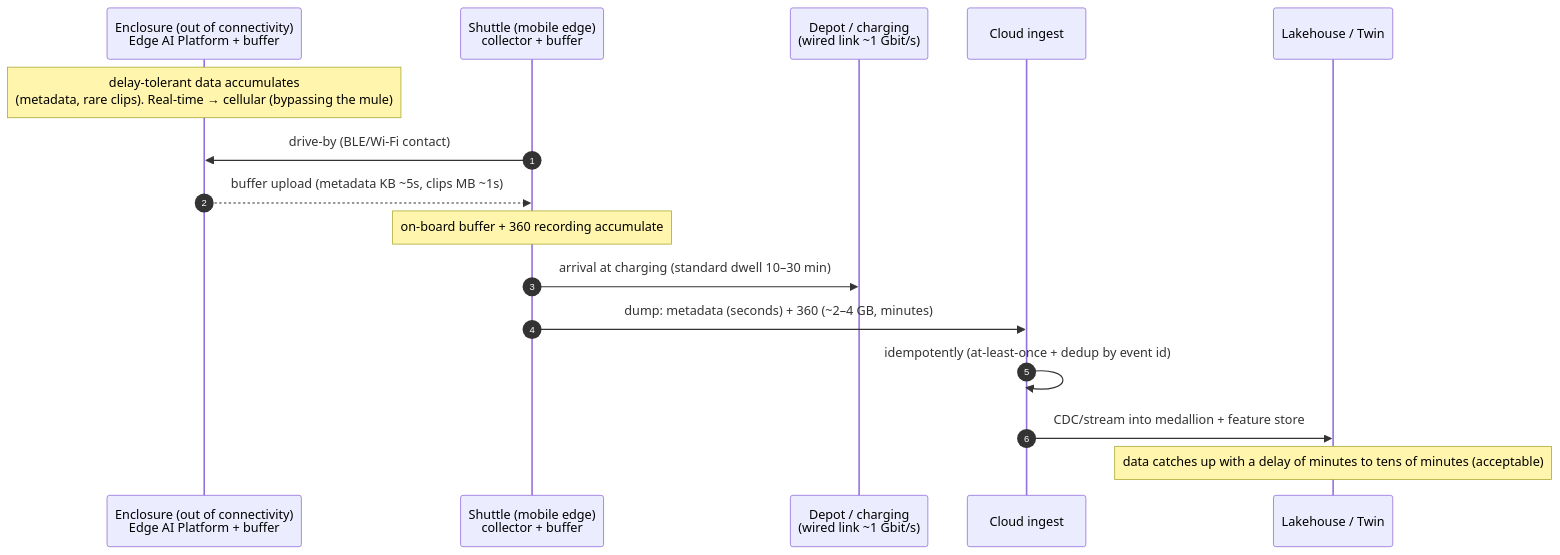
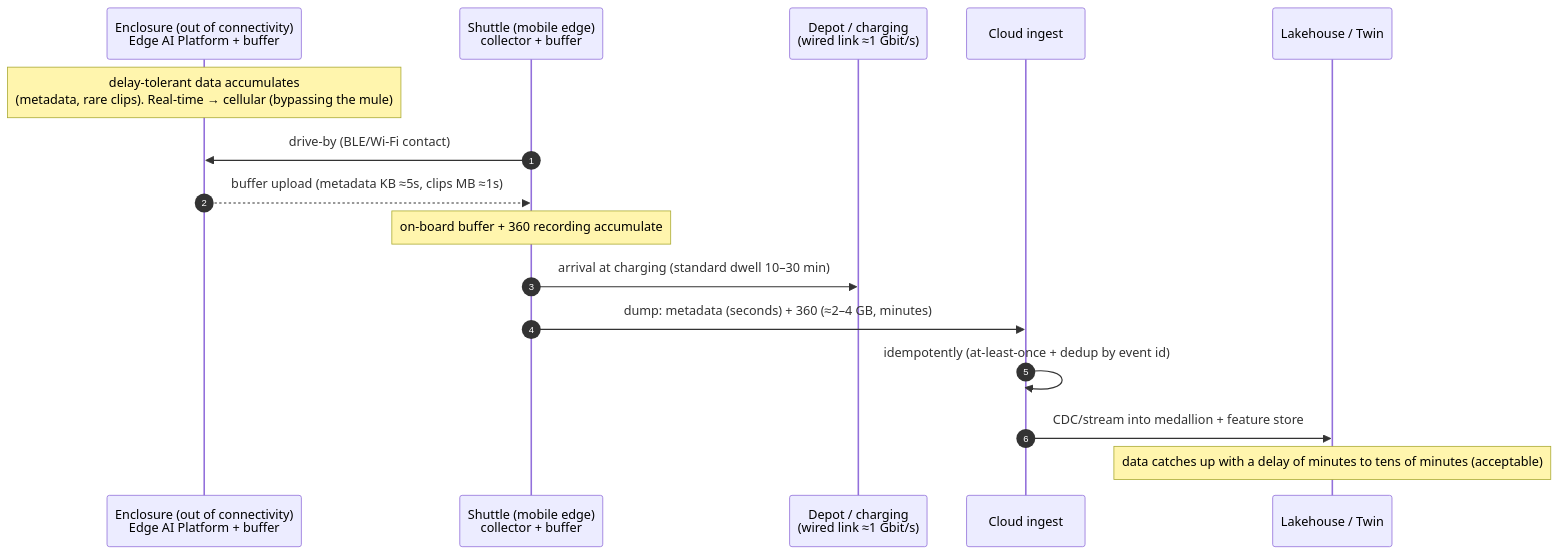
One commit to AGG3000/architecturalkatas2026 changed the diagram in diagrams/flow-data-mule.md. Above: the diagram before and after it, drawn with Mermaid. The commit also changed other lines of this file and 20 other files, not shown here.

````diff
--- a/diagrams/flow-data-mule.md
+++ b/diagrams/flow-data-mule.md
@@ -5,19 +5,19 @@
 ```mermaid
 sequenceDiagram
     autonumber
     participant ENC as Enclosure (out of connectivity)<br/>Edge AI Platform + buffer
     participant SH as Shuttle (mobile edge)<br/>collector + buffer
-    participant DEPOT as Depot / charging<br/>(wired link ~1 Gbit/s)
+    participant DEPOT as Depot / charging<br/>(wired link ≈1 Gbit/s)
     participant ING as Cloud ingest
     participant LAKE as Lakehouse / Twin
 
     Note over ENC: delay-tolerant data accumulates<br/>(metadata, rare clips). Real-time → cellular (bypassing the mule)
     SH->>ENC: drive-by (BLE/Wi-Fi contact)
-    ENC-->>SH: buffer upload (metadata KB ~5s, clips MB ~1s)
+    ENC-->>SH: buffer upload (metadata KB ≈5s, clips MB ≈1s)
     Note over SH: on-board buffer + 360 recording accumulate
     SH->>DEPOT: arrival at charging (standard dwell 10–30 min)
-    SH->>ING: dump: metadata (seconds) + 360 (~2–4 GB, minutes)
+    SH->>ING: dump: metadata (seconds) + 360 (≈2–4 GB, minutes)
     ING->>ING: idempotently (at-least-once + dedup by event id)
     ING->>LAKE: CDC/stream into medallion + feature store
     Note over LAKE: data catches up with a delay of minutes to tens of minutes (acceptable)
 ```
````
